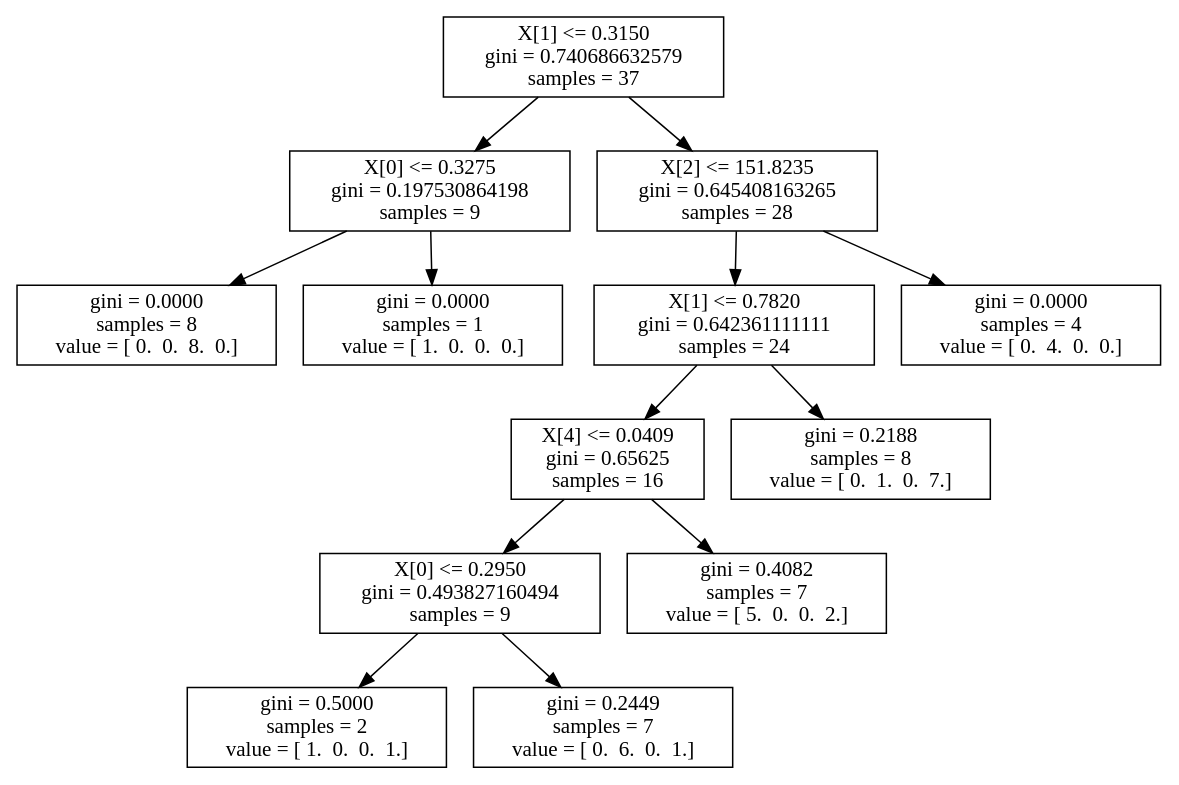
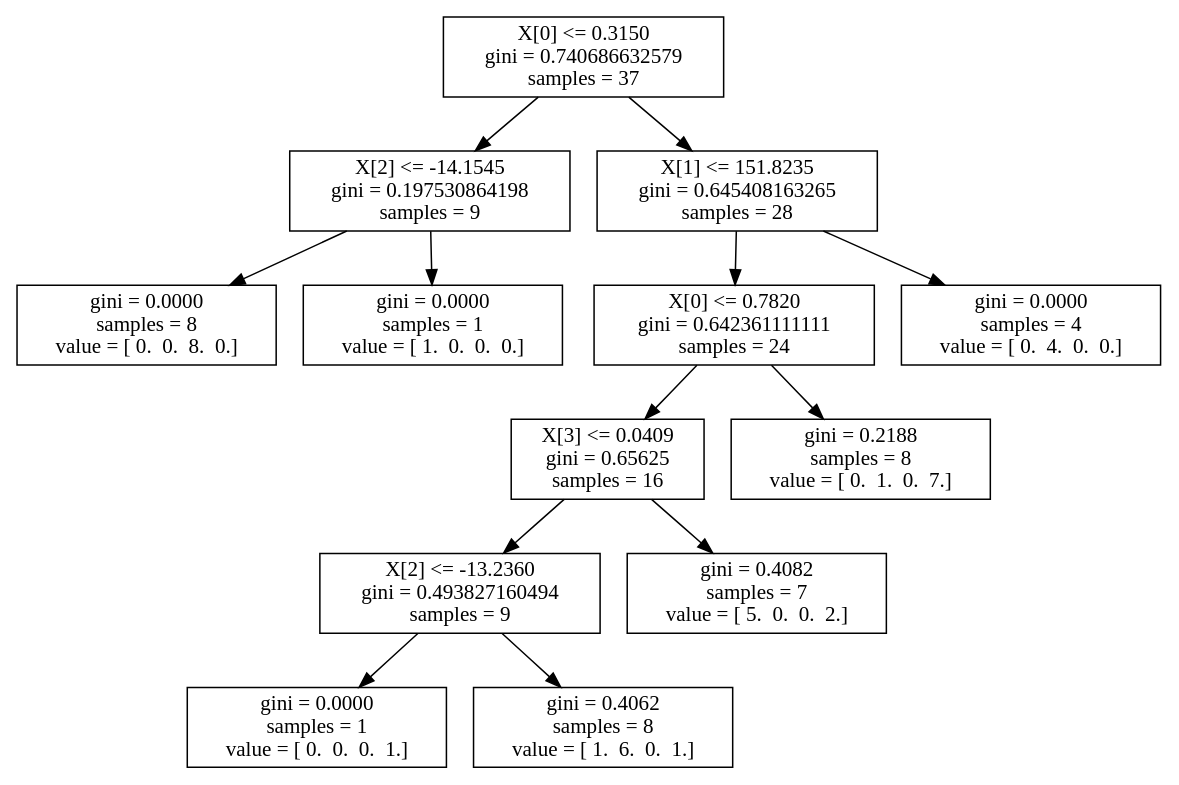
Before and after one commit to StanChernavsky/Moodify: the diagram in tree.dot, drawn with Graphviz. The commit also changed 10 other files, not shown here.

```diff
--- a/tree.dot
+++ b/tree.dot
@@ -1,27 +1,27 @@
 digraph Tree {
-0 [label="X[1] <= 0.3150\ngini = 0.740686632579\nsamples = 37", shape="box"] ;
-1 [label="X[0] <= 0.3275\ngini = 0.197530864198\nsamples = 9", shape="box"] ;
+0 [label="X[0] <= 0.3150\ngini = 0.740686632579\nsamples = 37", shape="box"] ;
+1 [label="X[2] <= -14.1545\ngini = 0.197530864198\nsamples = 9", shape="box"] ;
 0 -> 1 ;
 2 [label="gini = 0.0000\nsamples = 8\nvalue = [ 0.  0.  8.  0.]", shape="box"] ;
 1 -> 2 ;
 3 [label="gini = 0.0000\nsamples = 1\nvalue = [ 1.  0.  0.  0.]", shape="box"] ;
 1 -> 3 ;
-4 [label="X[2] <= 151.8235\ngini = 0.645408163265\nsamples = 28", shape="box"] ;
+4 [label="X[1] <= 151.8235\ngini = 0.645408163265\nsamples = 28", shape="box"] ;
 0 -> 4 ;
-5 [label="X[1] <= 0.7820\ngini = 0.642361111111\nsamples = 24", shape="box"] ;
+5 [label="X[0] <= 0.7820\ngini = 0.642361111111\nsamples = 24", shape="box"] ;
 4 -> 5 ;
-6 [label="X[4] <= 0.0409\ngini = 0.65625\nsamples = 16", shape="box"] ;
+6 [label="X[3] <= 0.0409\ngini = 0.65625\nsamples = 16", shape="box"] ;
 5 -> 6 ;
-7 [label="X[0] <= 0.2950\ngini = 0.493827160494\nsamples = 9", shape="box"] ;
+7 [label="X[2] <= -13.2360\ngini = 0.493827160494\nsamples = 9", shape="box"] ;
 6 -> 7 ;
-8 [label="gini = 0.5000\nsamples = 2\nvalue = [ 1.  0.  0.  1.]", shape="box"] ;
+8 [label="gini = 0.0000\nsamples = 1\nvalue = [ 0.  0.  0.  1.]", shape="box"] ;
 7 -> 8 ;
-9 [label="gini = 0.2449\nsamples = 7\nvalue = [ 0.  6.  0.  1.]", shape="box"] ;
+9 [label="gini = 0.4062\nsamples = 8\nvalue = [ 1.  6.  0.  1.]", shape="box"] ;
 7 -> 9 ;
 10 [label="gini = 0.4082\nsamples = 7\nvalue = [ 5.  0.  0.  2.]", shape="box"] ;
 6 -> 10 ;
 11 [label="gini = 0.2188\nsamples = 8\nvalue = [ 0.  1.  0.  7.]", shape="box"] ;
 5 -> 11 ;
 12 [label="gini = 0.0000\nsamples = 4\nvalue = [ 0.  4.  0.  0.]", shape="box"] ;
 4 -> 12 ;
 }
```
